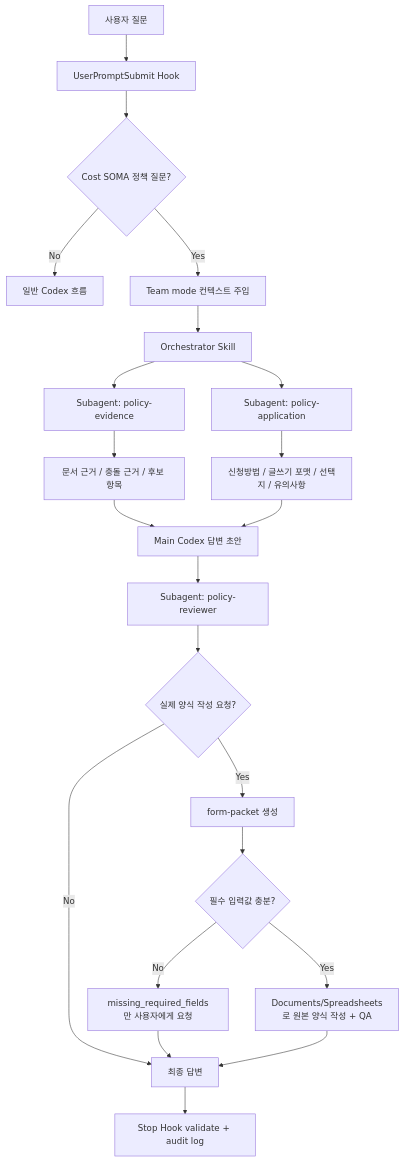
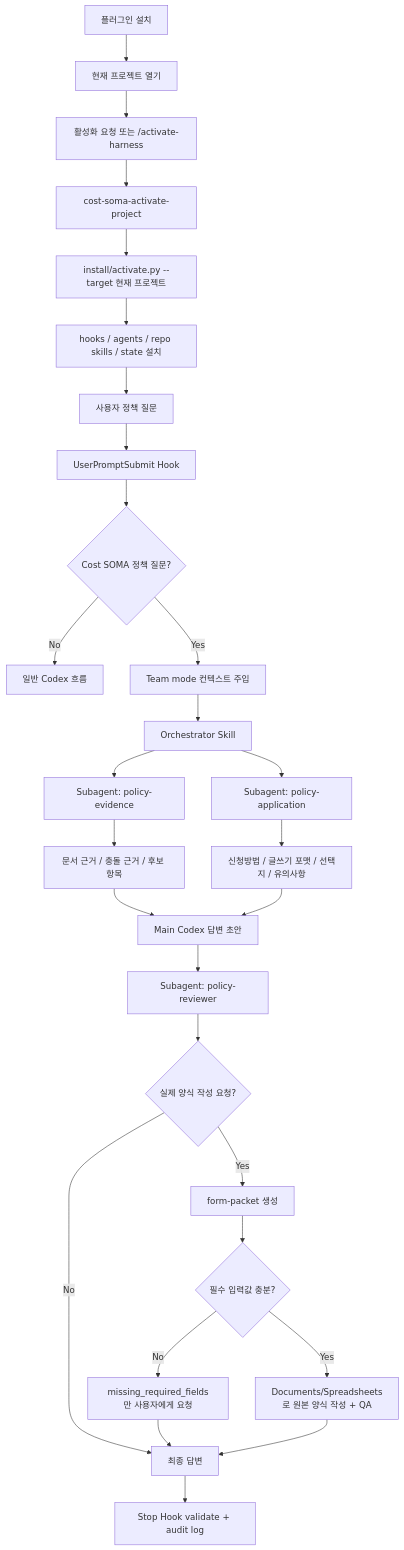
Before and after one commit to WithFortuna/soma-cost-agent: the diagram in WORKFLOW.md, drawn with Mermaid. The commit also changed other lines of this file and 11 other files, not shown here.

````diff
--- a/WORKFLOW.md
+++ b/WORKFLOW.md
@@ -54,24 +85,30 @@
 ```mermaid
 flowchart TD
-    A["사용자 질문"] --> B["UserPromptSubmit Hook"]
+    PX["플러그인 설치"] --> A0["현재 프로젝트 열기"]
+    A0 --> A1["활성화 요청 또는 /activate-harness"]
+    A1 --> A2["cost-soma-activate-project"]
+    A2 --> A3["install/activate.py --target 현재 프로젝트"]
+    A3 --> A4["hooks / agents / repo skills / state 설치"]
+    A4 --> A["사용자 정책 질문"]
+    A --> B["UserPromptSubmit Hook"]
     B --> C{"Cost SOMA 정책 질문?"}
     C -- "No" --> Z["일반 Codex 흐름"]
     C -- "Yes" --> D["Team mode 컨텍스트 주입"]
     D --> E["Orchestrator Skill"]
     E --> F["Subagent: policy-evidence"]
     E --> G["Subagent: policy-application"]
     F --> H["문서 근거 / 충돌 근거 / 후보 항목"]
     G --> I["신청방법 / 글쓰기 포맷 / 선택지 / 유의사항"]
     H --> J["Main Codex 답변 초안"]
     I --> J
     J --> K["Subagent: policy-reviewer"]
     K --> L{"실제 양식 작성 요청?"}
     L -- "No" --> M["최종 답변"]
     L -- "Yes" --> N["form-packet 생성"]
     N --> O{"필수 입력값 충분?"}
-    O -- "No" --> P["missing_required_fields만 사용자에게 요청"]
+    O -- "No" --> X["missing_required_fields만 사용자에게 요청"]
     O -- "Yes" --> Q["Documents/Spreadsheets로 원본 양식 작성 + QA"]
-    P --> M
+    X --> M
     Q --> M
     M --> R["Stop Hook validate + audit log"]
 ```
````
